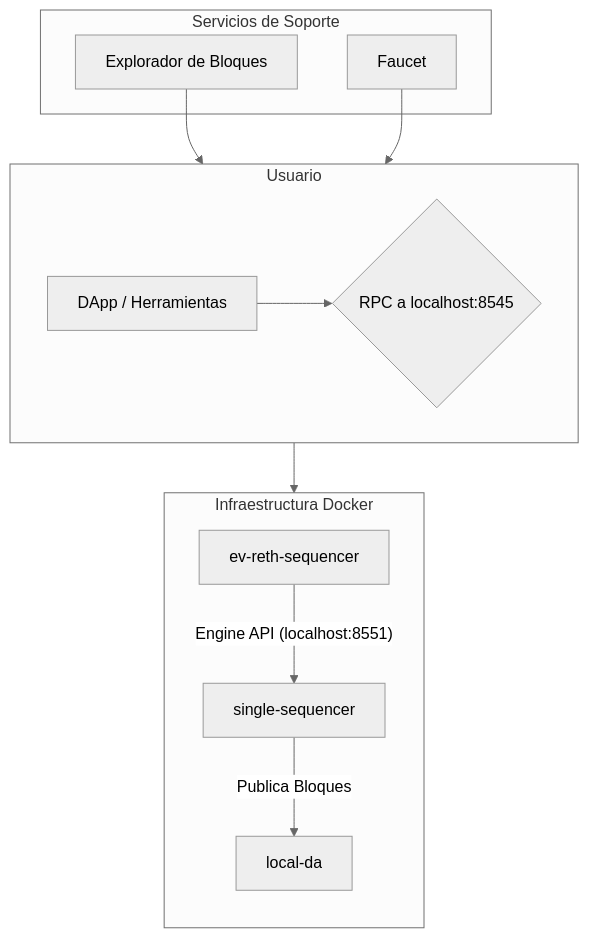
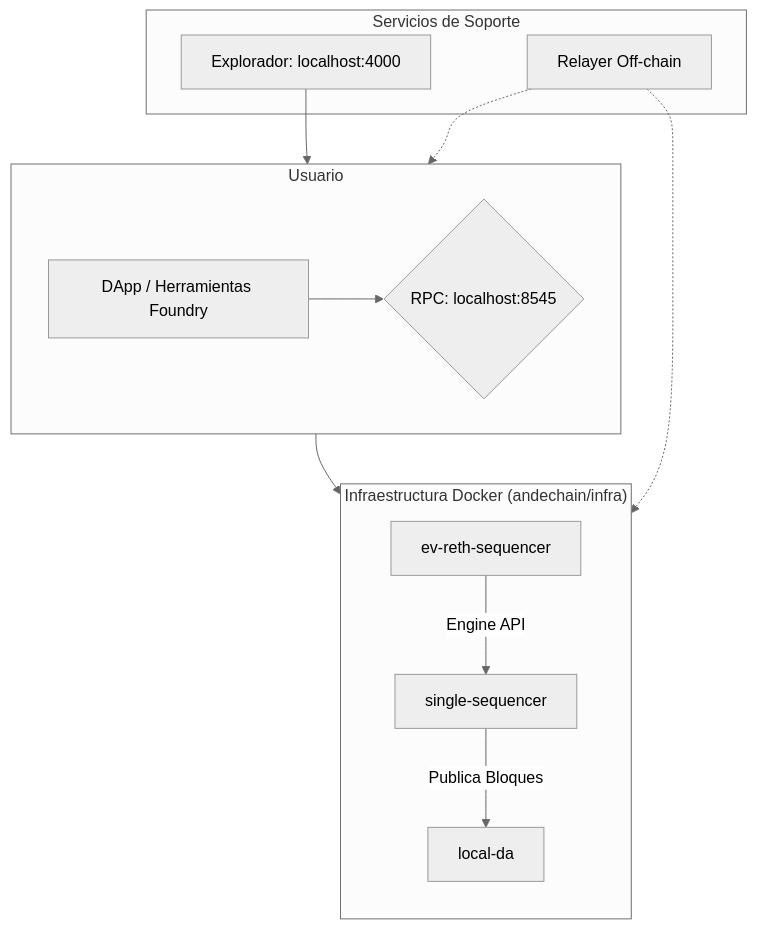
Before and after one commit to AndeLabs/ande: the diagram in README.md, drawn with Mermaid (neutral theme). The commit also changed other lines of this file and 10 other files, not shown here.

````diff
--- a/README.md
+++ b/README.md
@@ -22,19 +21,20 @@
 ```mermaid
 graph TD
     subgraph Usuario
         direction LR
-        A[DApp / Herramientas] --> B{RPC a localhost:8545};
+        A[DApp / Herramientas Foundry] --> B{RPC: localhost:8545};
     end
 
-    subgraph "Infraestructura Docker"
+    subgraph "Infraestructura Docker (andechain/infra)"
         direction TB
         B --> C[ev-reth-sequencer];
-        C -- Engine API (localhost:8551) --> D[single-sequencer];
+        C -- Engine API --> D[single-sequencer];
         D -- Publica Bloques --> E[local-da];
     end
 
     subgraph "Servicios de Soporte"
-        F[Explorador de Bloques] --> B
-        G[Faucet] --> B
+        F[Explorador: localhost:4000] --> B
+        G[Relayer Off-chain] -.-> B
+        G -.-> E
     end
 ```
````
